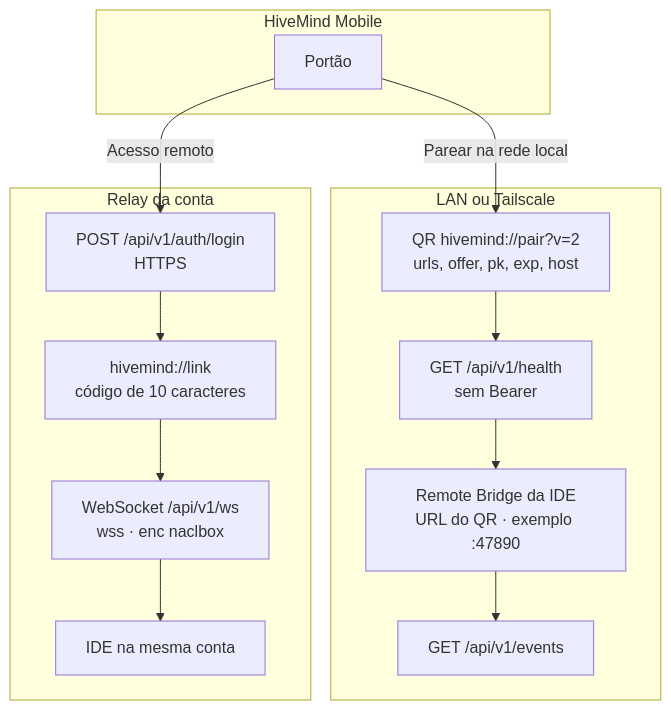
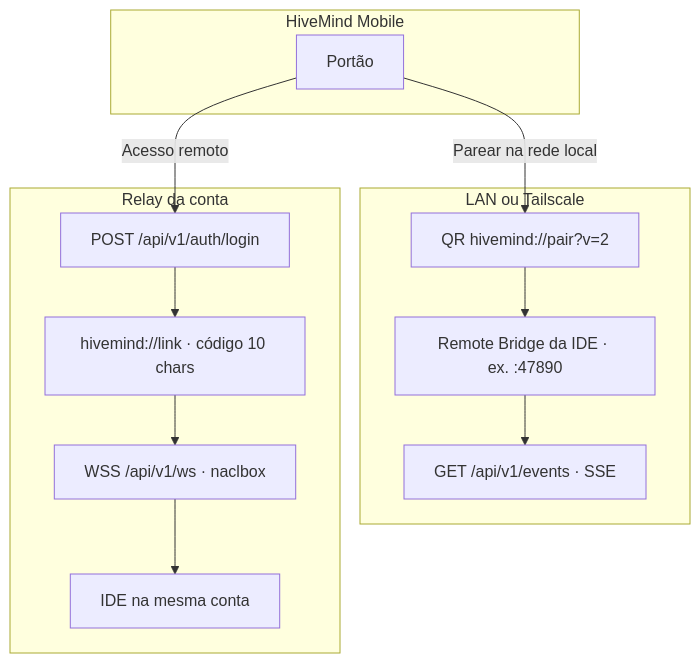
Before and after one commit to gilvan-Borges/HiveMind-App: the diagram in README.md, drawn with Mermaid. The commit also changed other lines of this file, not shown here.

First line of the commit message:
docs: README de produto no estilo do HiveMind (sem fotos)

````diff
--- a/README.md
+++ b/README.md
@@ -35,25 +63,22 @@
 ```mermaid
 flowchart TB
   subgraph phone ["HiveMind Mobile"]
-    Gate["Portão"]
+    Gate[Portão]
   end
 
   subgraph lan ["LAN ou Tailscale"]
-    Pair["QR hivemind://pair?v=2<br/>urls, offer, pk, exp, host"]
-    Health["GET /api/v1/health<br/>sem Bearer"]
-    Bridge["Remote Bridge da IDE<br/>URL do QR · exemplo :47890"]
-    SSE["GET /api/v1/events"]
+    Pair["QR hivemind://pair?v=2"]
+    Bridge["Remote Bridge da IDE · ex. :47890"]
+    SSE["GET /api/v1/events · SSE"]
   end
 
   subgraph relay ["Relay da conta"]
-    Login["POST /api/v1/auth/login<br/>HTTPS"]
-    Link["hivemind://link<br/>código de 10 caracteres"]
-    WS["WebSocket /api/v1/ws<br/>wss · enc naclbox"]
-    Ide["IDE na mesma conta"]
+    Login["POST /api/v1/auth/login"]
+    Link["hivemind://link · código 10 chars"]
+    WS["WSS /api/v1/ws · naclbox"]
+    Ide[IDE na mesma conta]
   end
 
-  Gate -->|"Parear na rede local"| Pair
-  Pair --> Health --> Bridge --> SSE
-  Gate -->|"Acesso remoto"| Login
-  Login --> Link --> WS --> Ide
+  Gate -->|Parear na rede local| Pair --> Bridge --> SSE
+  Gate -->|Acesso remoto| Login --> Link --> WS --> Ide
 ```
````
